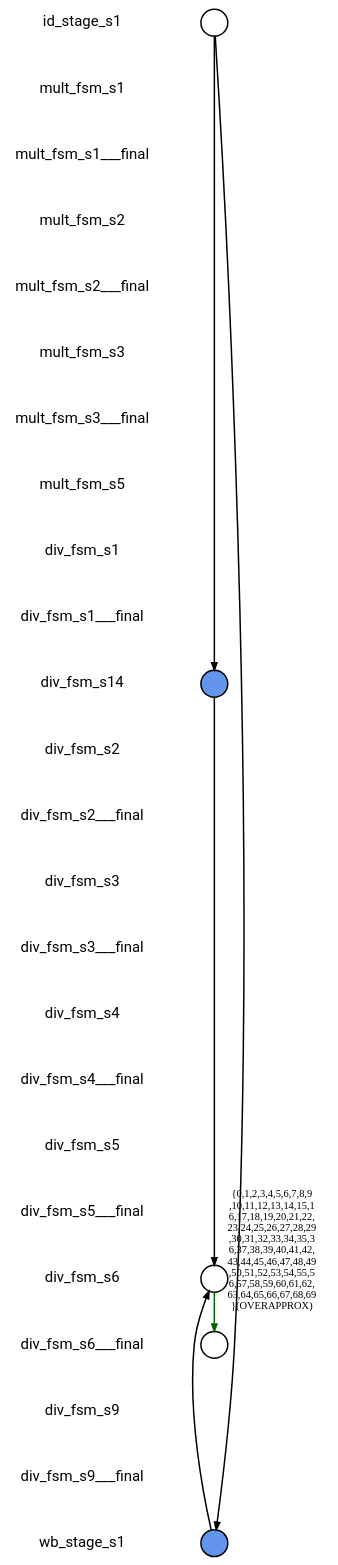
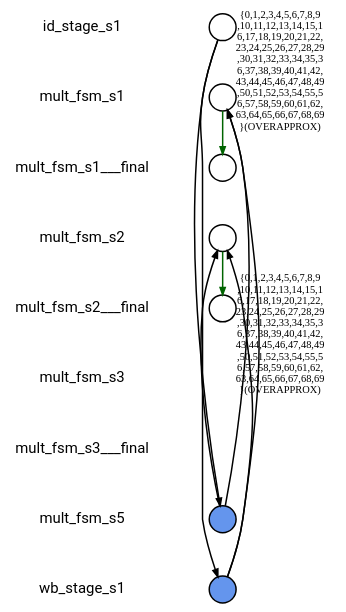
The diagram in fv/synthlc/i_MUL_out/xSummarize/nonisograph/com_3_0.dot (naomipark3/SynthLC), drawn with Graphviz before and after one commit. The commit also changed 38807 other files, not shown here.

```diff
--- a/fv/synthlc/i_MUL_out/xSummarize/nonisograph/com_3_0.dot
+++ b/fv/synthlc/i_MUL_out/xSummarize/nonisograph/com_3_0.dot
@@ -1,92 +1,84 @@
 
 digraph G {
     edge [penwidth=2];
     node [ shape=box, fontsize=20, penwidth=2, fontname="roboto"];
     esep=0.5;
     layout=neato;
     overlap=scale;
     splines=true;
 
 l_id_stage_s1 [label="id_stage_s1"; pos="0,-0!"; shape=none];
 
 l_mult_fsm_s1 [label="mult_fsm_s1"; pos="0,-1!"; shape=none];
 
 l_mult_fsm_s1___final [label="mult_fsm_s1___final"; pos="0,-2!"; shape=none];
 
 l_mult_fsm_s2 [label="mult_fsm_s2"; pos="0,-3!"; shape=none];
 
 l_mult_fsm_s2___final [label="mult_fsm_s2___final"; pos="0,-4!"; shape=none];
 
 l_mult_fsm_s3 [label="mult_fsm_s3"; pos="0,-5!"; shape=none];
 
 l_mult_fsm_s3___final [label="mult_fsm_s3___final"; pos="0,-6!"; shape=none];
 
 l_mult_fsm_s5 [label="mult_fsm_s5"; pos="0,-7!"; shape=none];
 
-l_div_fsm_s1 [label="div_fsm_s1"; pos="0,-8!"; shape=none];
-
-l_div_fsm_s1___final [label="div_fsm_s1___final"; pos="0,-9!"; shape=none];
-
-l_div_fsm_s14 [label="div_fsm_s14"; pos="0,-10!"; shape=none];
-
-l_div_fsm_s2 [label="div_fsm_s2"; pos="0,-11!"; shape=none];
-
-l_div_fsm_s2___final [label="div_fsm_s2___final"; pos="0,-12!"; shape=none];
-
-l_div_fsm_s3 [label="div_fsm_s3"; pos="0,-13!"; shape=none];
-
-l_div_fsm_s3___final [label="div_fsm_s3___final"; pos="0,-14!"; shape=none];
-
-l_div_fsm_s4 [label="div_fsm_s4"; pos="0,-15!"; shape=none];
-
-l_div_fsm_s4___final [label="div_fsm_s4___final"; pos="0,-16!"; shape=none];
-
-l_div_fsm_s5 [label="div_fsm_s5"; pos="0,-17!"; shape=none];
-
-l_div_fsm_s5___final [label="div_fsm_s5___final"; pos="0,-18!"; shape=none];
-
-l_div_fsm_s6 [label="div_fsm_s6"; pos="0,-19!"; shape=none];
-
-l_div_fsm_s6___final [label="div_fsm_s6___final"; pos="0,-20!"; shape=none];
-
-l_div_fsm_s9 [label="div_fsm_s9"; pos="0,-21!"; shape=none];
-
-l_div_fsm_s9___final [label="div_fsm_s9___final"; pos="0,-22!"; shape=none];
-
-l_wb_stage_s1 [label="wb_stage_s1"; pos="0,-23!"; shape=none];
+l_wb_stage_s1 [label="wb_stage_s1"; pos="0,-8!"; shape=none];
 
 n_id_stage_s1 [label=""; pos="2,-0!"; shape=circle ]; 
 
 
-n_div_fsm_s14 [style=filled, color=black, fillcolor="#6495ED", label=""; pos="2,-10!"; shape=circle ]; 
+n_mult_fsm_s1 [label=""; pos="2,-1!"; shape=circle ]; 
 
 
-n_div_fsm_s6 [label=""; pos="2,-19!"; shape=circle ]; 
+n_mult_fsm_s2 [label=""; pos="2,-3!"; shape=circle ]; 
 
 
-n_wb_stage_s1 [style=filled, color=black, fillcolor="#6495ED", label=""; pos="2,-23!"; shape=circle ]; 
+n_mult_fsm_s5 [style=filled, color=black, fillcolor="#6495ED", label=""; pos="2,-7!"; shape=circle ]; 
 
 
-n_div_fsm_s6___final [label=""; pos="2,-20!"; shape=circle ]; 
+n_wb_stage_s1 [style=filled, color=black, fillcolor="#6495ED", label=""; pos="2,-8!"; shape=circle ]; 
 
+
+n_mult_fsm_s1___final [label=""; pos="2,-2!"; shape=circle ]; 
+
+
+n_mult_fsm_s2___final [label=""; pos="2,-4!"; shape=circle ]; 
+
+
+n_id_stage_s1 -> n_mult_fsm_s5 [color="black"];
 
 n_id_stage_s1 -> n_wb_stage_s1 [color="black"];
 
-n_id_stage_s1 -> n_div_fsm_s14 [color="black"];
-
-n_div_fsm_s14 -> n_div_fsm_s6 [color="black"];
-
-n_div_fsm_s6 -> n_div_fsm_s6___final [color="#006400", label="{0,1,2,3,4,5,6,7,8,9
+n_mult_fsm_s1 -> n_mult_fsm_s1___final [color="#006400", label="{0,1,2,3,4,5,6,7,8,9
 ,10,11,12,13,14,15,1
 6,17,18,19,20,21,22,
 23,24,25,26,27,28,29
 ,30,31,32,33,34,35,3
 6,37,38,39,40,41,42,
 43,44,45,46,47,48,49
 ,50,51,52,53,54,55,5
 6,57,58,59,60,61,62,
 63,64,65,66,67,68,69
 }(OVERAPPROX)"];
 
-n_wb_stage_s1 -> n_div_fsm_s6 [color="black"];
+n_mult_fsm_s2 -> n_mult_fsm_s2___final [color="#006400", label="{0,1,2,3,4,5,6,7,8,9
+,10,11,12,13,14,15,1
+6,17,18,19,20,21,22,
+23,24,25,26,27,28,29
+,30,31,32,33,34,35,3
+6,37,38,39,40,41,42,
+43,44,45,46,47,48,49
+,50,51,52,53,54,55,5
+6,57,58,59,60,61,62,
+63,64,65,66,67,68,69
+}(OVERAPPROX)"];
+
+n_mult_fsm_s5 -> n_mult_fsm_s2 [color="black"];
+
+n_mult_fsm_s5 -> n_mult_fsm_s1 [color="black"];
+
+n_wb_stage_s1 -> n_mult_fsm_s2 [color="black"];
+
+n_wb_stage_s1 -> n_mult_fsm_s1 [color="black"];
 }
```
